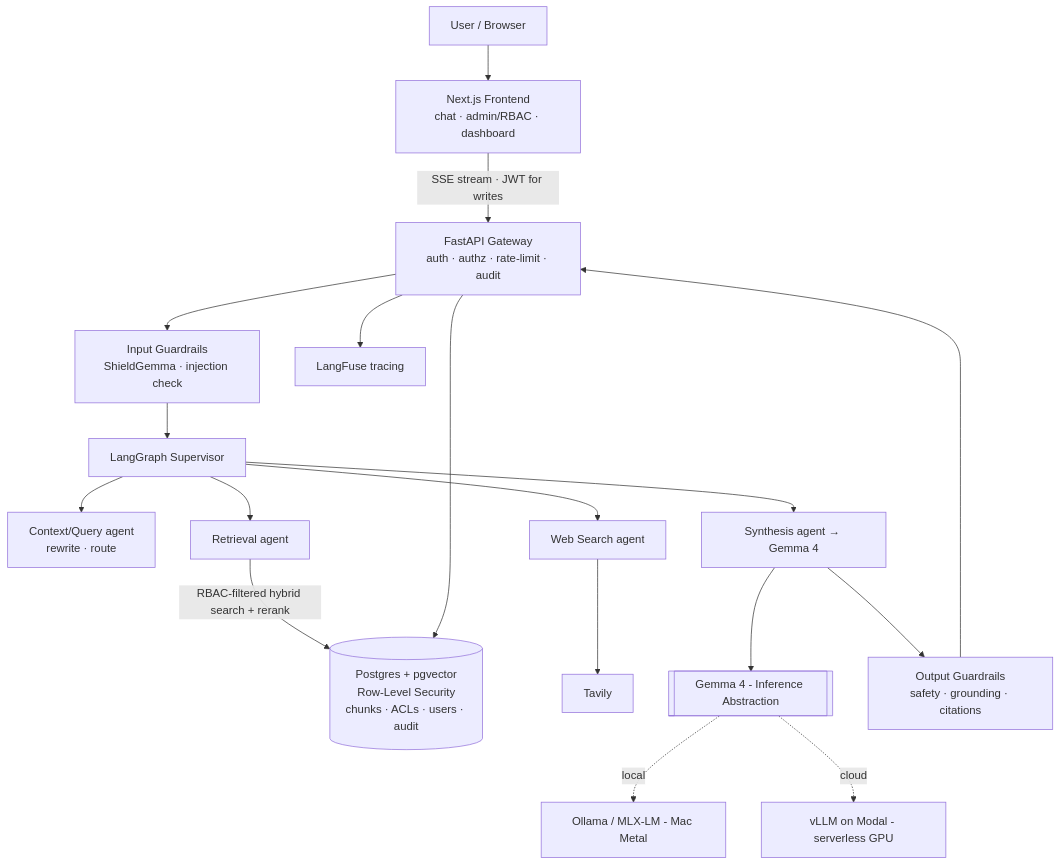
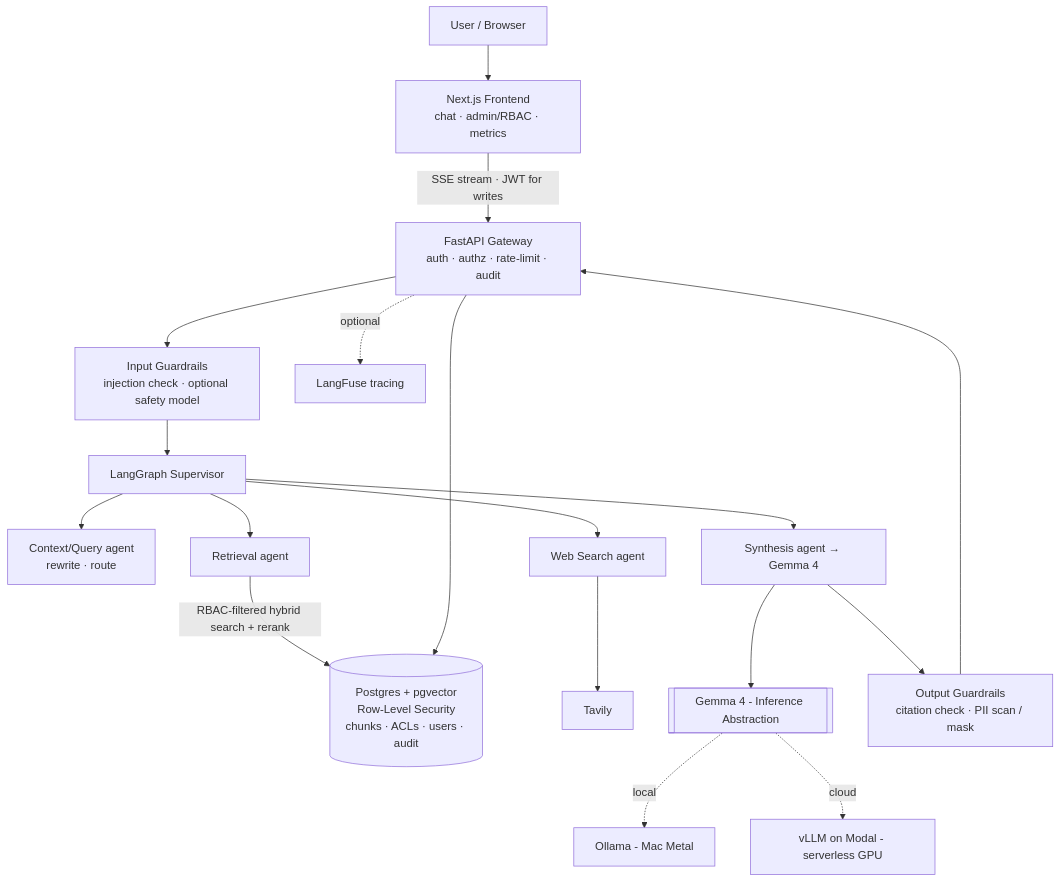
One commit to siroxou/advanced-rag changed the diagram in README.md. Above: the diagram before and after it, drawn with Mermaid. The commit also changed other lines of this file and 5 other files, not shown here.

````diff
--- a/README.md
+++ b/README.md
@@ -28,20 +28,20 @@
 ```mermaid
 flowchart TB
-  U[User / Browser] --> FE[Next.js Frontend<br/>chat · admin/RBAC · dashboard]
+  U[User / Browser] --> FE[Next.js Frontend<br/>chat · admin/RBAC · metrics]
   FE -->|SSE stream · JWT for writes| API[FastAPI Gateway<br/>auth · authz · rate-limit · audit]
-  API --> GIN[Input Guardrails<br/>ShieldGemma · injection check]
+  API --> GIN[Input Guardrails<br/>injection check · optional safety model]
   GIN --> ORCH[LangGraph Supervisor]
   ORCH --> QUA[Context/Query agent<br/>rewrite · route]
   ORCH --> RAG[Retrieval agent]
   ORCH --> WEB[Web Search agent]
   ORCH --> SYN[Synthesis agent → Gemma 4]
   RAG -->|RBAC-filtered hybrid search + rerank| PG[(Postgres + pgvector<br/>Row-Level Security<br/>chunks · ACLs · users · audit)]
   WEB --> TAV[Tavily]
   SYN --> LLM[[Gemma 4 - Inference Abstraction]]
-  SYN --> GOUT[Output Guardrails<br/>safety · grounding · citations]
+  SYN --> GOUT[Output Guardrails<br/>citation check · PII scan / mask]
   GOUT --> API
-  LLM -.local.-> OLL[Ollama / MLX-LM - Mac Metal]
+  LLM -.local.-> OLL[Ollama - Mac Metal]
   LLM -.cloud.-> MOD[vLLM on Modal - serverless GPU]
-  API --> LF[LangFuse tracing]
+  API -.optional.-> LF[LangFuse tracing]
   API --> PG
 ```
````
